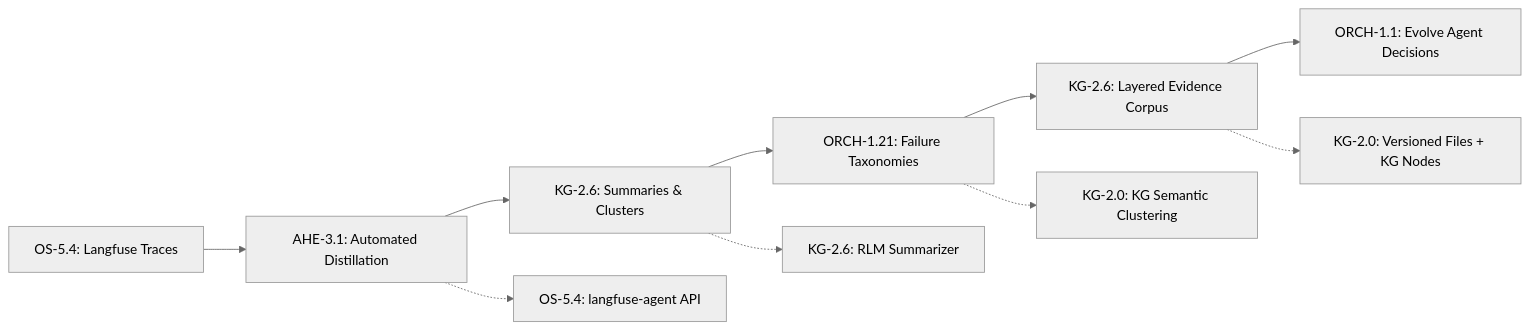
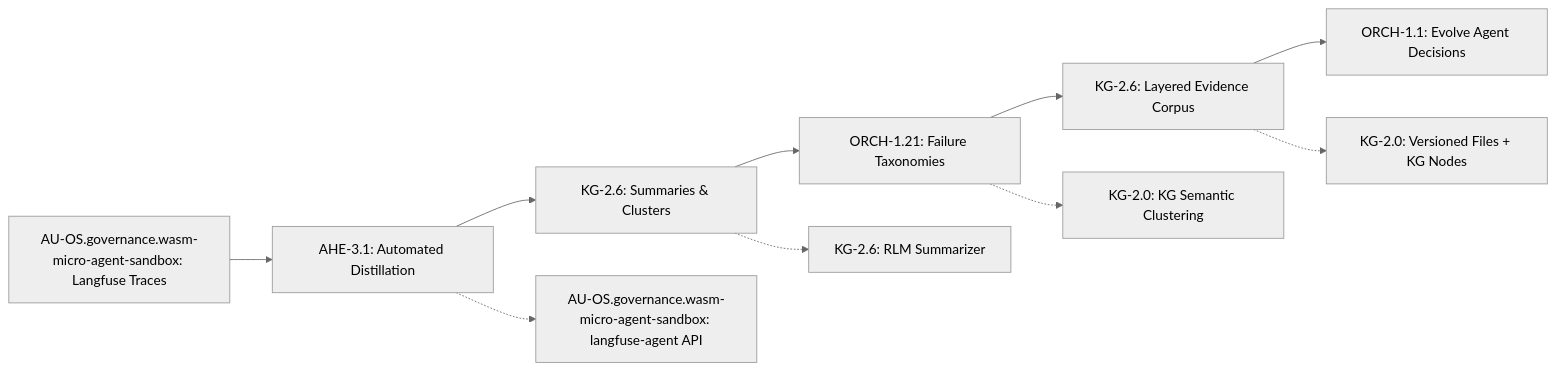
The first of 3 diagrams in docs/guides/AHE_ARCHITECTURE.md (Knuckles-Team/agent-utilities), drawn with Mermaid (neutral theme) before and after one commit. The commit also changed other lines of this file and 2324 other files, not shown here.

First line of the commit message:
OKF-CIS atomic cutover on agent-utilities (AU-OS.governance.okf-cis-standard)

````diff
--- a/docs/guides/AHE_ARCHITECTURE.md
+++ b/docs/guides/AHE_ARCHITECTURE.md
@@ -22,13 +22,13 @@
 ```mermaid
 graph LR
-    A[OS-5.4: Langfuse Traces] --> B[AHE-3.1: Automated Distillation]
+    A[AU-OS.governance.wasm-micro-agent-sandbox: Langfuse Traces] --> B[AHE-3.1: Automated Distillation]
     B --> C["KG-2.6: Summaries & Clusters"]
     C --> D[ORCH-1.21: Failure Taxonomies]
     D --> E[KG-2.6: Layered Evidence Corpus]
     E --> F[ORCH-1.1: Evolve Agent Decisions]
 
-    B -.-> G[OS-5.4: langfuse-agent API]
+    B -.-> G[AU-OS.governance.wasm-micro-agent-sandbox: langfuse-agent API]
     C -.-> H[KG-2.6: RLM Summarizer]
     D -.-> I[KG-2.0: KG Semantic Clustering]
     E -.-> J[KG-2.0: Versioned Files + KG Nodes]
 ```
````
